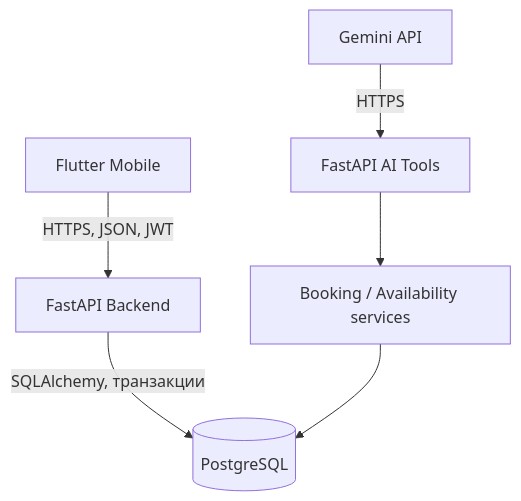
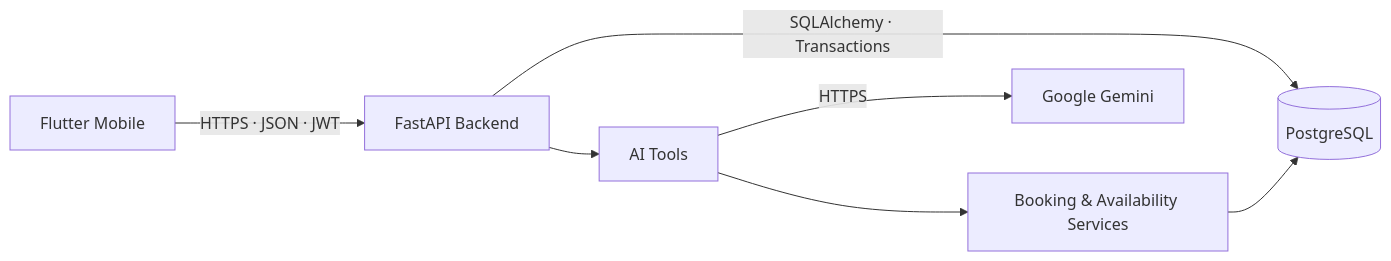
Before and after one commit to artyom129/SlotBridge: the diagram in README.md, drawn with Mermaid. The commit also changed other lines of this file, not shown here.

````diff
--- a/README.md
+++ b/README.md
@@ -60,8 +88,9 @@
 ```mermaid
-flowchart TD
-    M[Flutter Mobile] -->|HTTPS, JSON, JWT| B[FastAPI Backend]
-    B -->|SQLAlchemy, транзакции| P[(PostgreSQL)]
-    G[Gemini API] -->|HTTPS| T[FastAPI AI Tools]
-    T --> S[Booking / Availability services]
+flowchart LR
+    M[Flutter Mobile] -->|HTTPS · JSON · JWT| B[FastAPI Backend]
+    B -->|SQLAlchemy · Transactions| P[(PostgreSQL)]
+    B --> A[AI Tools]
+    A -->|HTTPS| G[Google Gemini]
+    A --> S[Booking & Availability Services]
     S --> P
 ```
````
